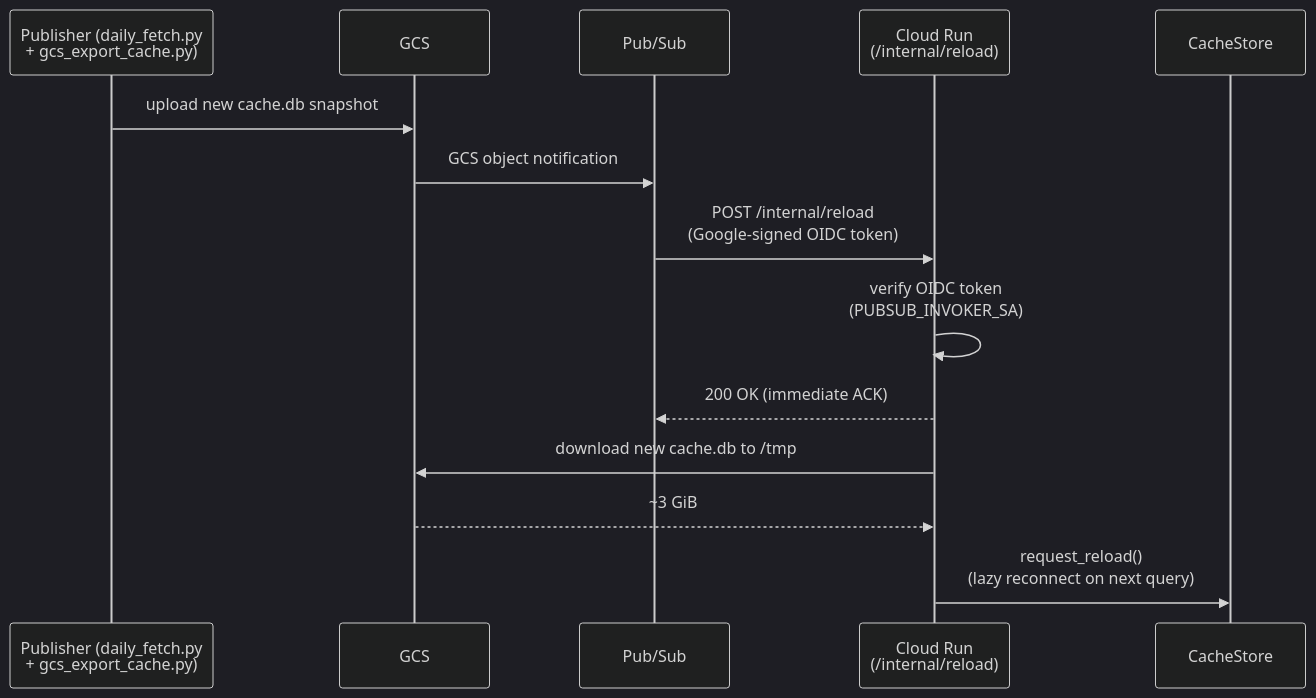
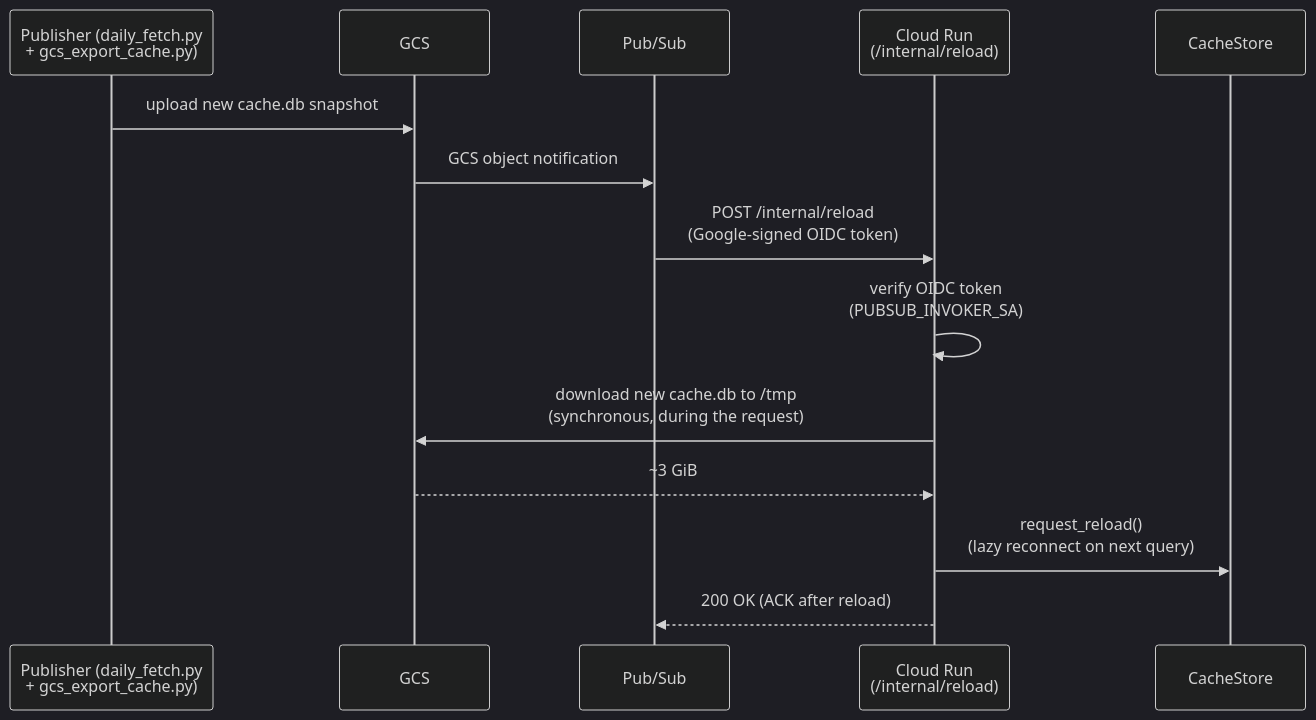
One commit to shigechika/jquants-mcp changed the third of 4 diagrams in README.md. Above: the diagram before and after it, drawn with Mermaid (dark theme). The commit also changed other lines of this file and 4 other files, not shown here.

````diff
--- a/README.md
+++ b/README.md
@@ -947,17 +942,17 @@
 ```mermaid
 sequenceDiagram
     participant P as Publisher (daily_fetch.py<br/>+ gcs_export_cache.py)
     participant G as GCS
     participant PS as Pub/Sub
     participant CR as Cloud Run<br/>(/internal/reload)
     participant C as CacheStore
 
     P->>G: upload new cache.db snapshot
     G->>PS: GCS object notification
     PS->>CR: POST /internal/reload<br/>(Google-signed OIDC token)
     CR->>CR: verify OIDC token<br/>(PUBSUB_INVOKER_SA)
-    CR-->>PS: 200 OK (immediate ACK)
-    CR->>G: download new cache.db to /tmp
+    CR->>G: download new cache.db to /tmp<br/>(synchronous, during the request)
     G-->>CR: ~3 GiB
     CR->>C: request_reload()<br/>(lazy reconnect on next query)
+    CR-->>PS: 200 OK (ACK after reload)
 ```
````
